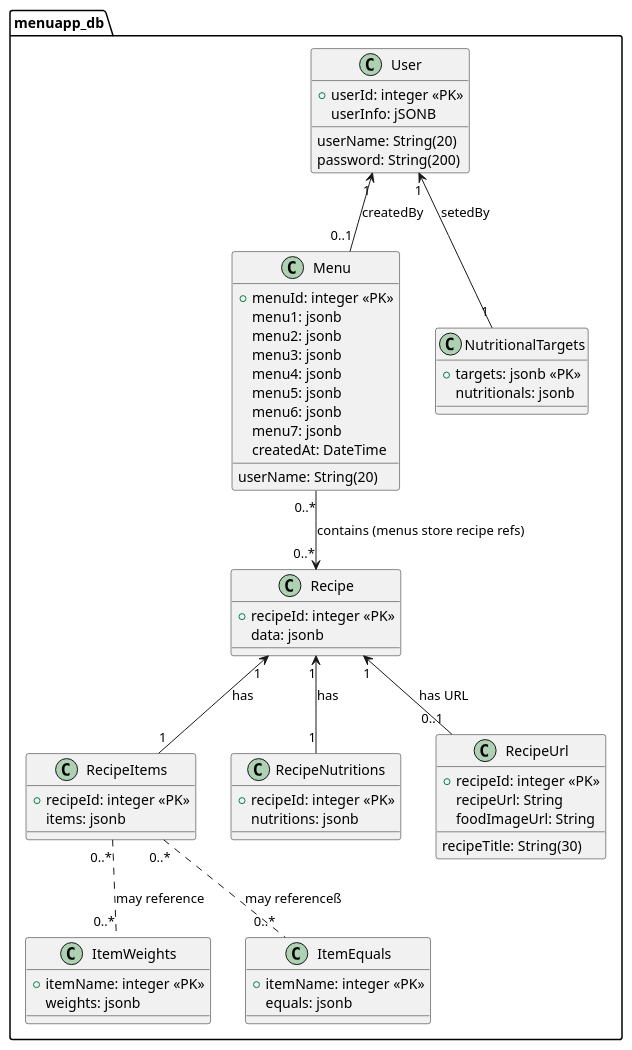
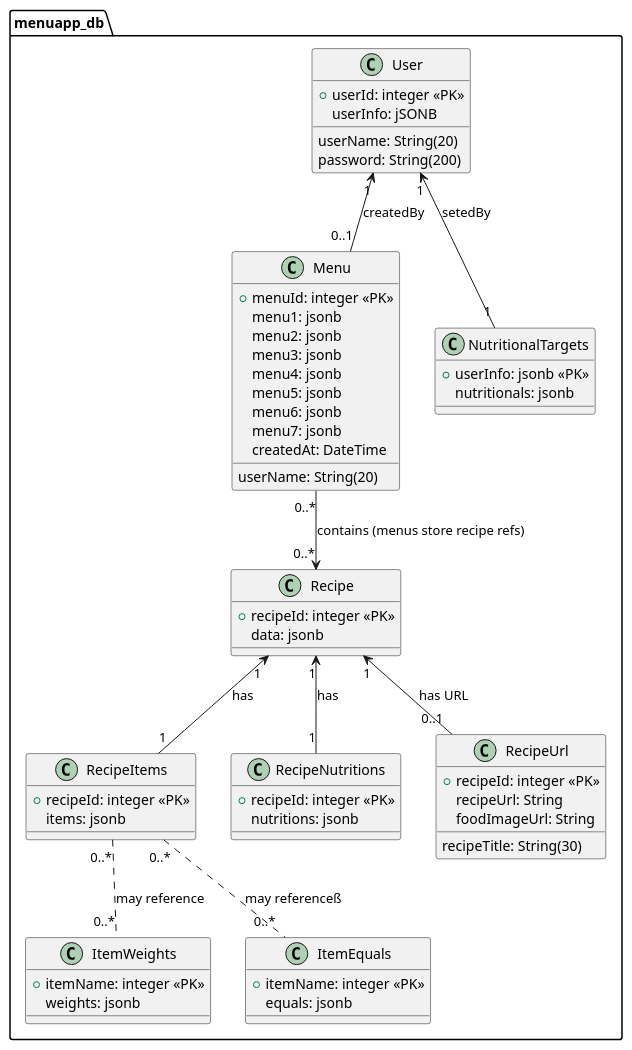
The diagram in document/クラス図.puml (hirosehonoka/-MENU-APP-), drawn with PlantUML before and after one commit.

```diff
--- a/document/クラス図.puml
+++ b/document/クラス図.puml
@@ -1,75 +1,75 @@
 @startuml 
 ' 樋田くんのコードをお借りして編集しました。
 ' menuapp_db のクラス図
 package menuapp_db {
   class User {
     +userId: integer <<PK>>
     userName: String(20)
     password: String(200)
     userInfo: jSONB
   }
 
   class Menu {
     +menuId: integer <<PK>>
     menu1: jsonb
     menu2: jsonb
     menu3: jsonb
     menu4: jsonb
     menu5: jsonb
     menu6: jsonb
     menu7: jsonb
     userName: String(20)
     createdAt: DateTime
   }
 
   class Recipe {
     +recipeId: integer <<PK>>
     data: jsonb
   }
 
   class RecipeItems {
     +recipeId: integer <<PK>>
     items: jsonb
   }
 
   class RecipeNutritions {
     +recipeId: integer <<PK>>
     nutritions: jsonb
   }
 
   class NutritionalTargets {
-    +targets: jsonb <<PK>>
+    +userInfo: jsonb <<PK>>
     nutritionals: jsonb
   }
 
   class ItemWeights {
     +itemName: integer <<PK>>
     weights: jsonb
   }
 
   class ItemEquals {
     +itemName: integer <<PK>>
     equals: jsonb
   }
 
   class RecipeUrl {
     +recipeId: integer <<PK>>
     recipeTitle: String(30)
     recipeUrl: String
     foodImageUrl: String
   }
 }
 
 ' 関係
 User "1" <-- "0..1" Menu : createdBy
 User "1" <-- "1" NutritionalTargets : setedBy
 Menu "0..*" --> "0..*" Recipe : contains (menus store recipe refs)
 Recipe "1" <-- "1" RecipeItems : has
 Recipe "1" <-- "1" RecipeNutritions : has
 Recipe "1" <-- "0..1" RecipeUrl : has URL
 
 ' 食材関連の参照（recipeItems の items が itemId を参照する想定）
 RecipeItems "0..*" .. "0..*" ItemWeights : may reference
 RecipeItems "0..*" .. "0..*" ItemEquals : may referenceß
 
 @enduml
```
